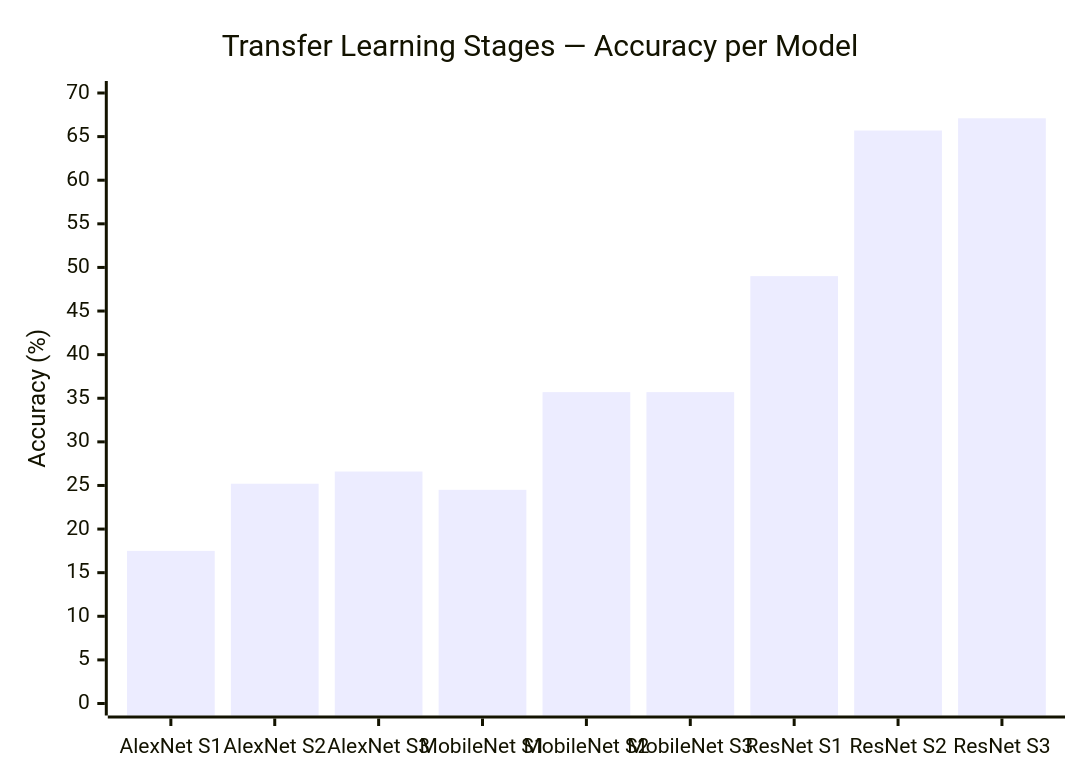
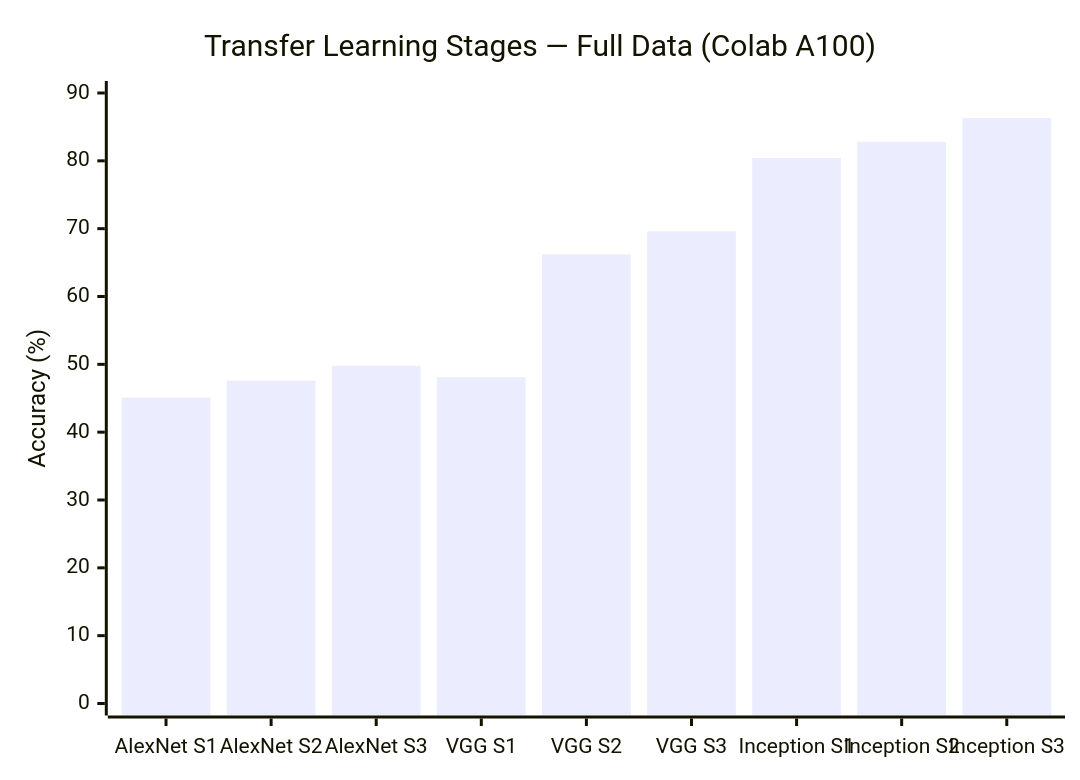
One commit to hadarwayn/L41-Which-dog-are-you- changed diagram 19 of 31 in README.md. Above: the diagram before and after it, drawn with Mermaid. The commit also changed other lines of this file, not shown here.

First line of the commit message:
docs(readme): Update with Inception results — 86.3% accuracy (best model!)

````diff
--- a/README.md
+++ b/README.md
@@ -449,7 +464,7 @@
 ```mermaid
 xychart-beta
-    title "Transfer Learning Stages — Accuracy per Model"
-    x-axis ["AlexNet S1", "AlexNet S2", "AlexNet S3", "MobileNet S1", "MobileNet S2", "MobileNet S3", "ResNet S1", "ResNet S2", "ResNet S3"]
-    y-axis "Accuracy (%)" 0 --> 70
-    bar [17.5, 25.2, 26.6, 24.5, 35.7, 35.7, 49.0, 65.7, 67.1]
+    title "Transfer Learning Stages — Full Data (Colab A100)"
+    x-axis ["AlexNet S1", "AlexNet S2", "AlexNet S3", "VGG S1", "VGG S2", "VGG S3", "Inception S1", "Inception S2", "Inception S3"]
+    y-axis "Accuracy (%)" 0 --> 90
+    bar [45.1, 47.6, 49.8, 48.1, 66.2, 69.6, 80.4, 82.8, 86.3]
 ```
````
